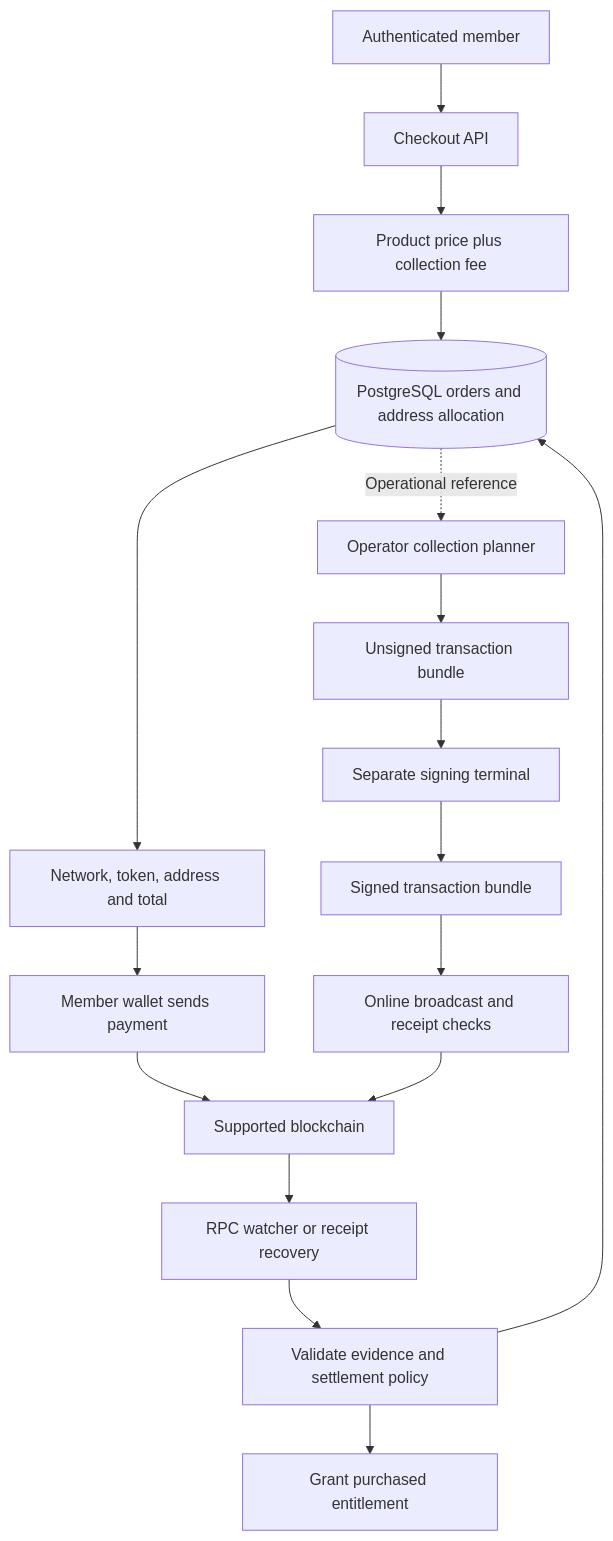
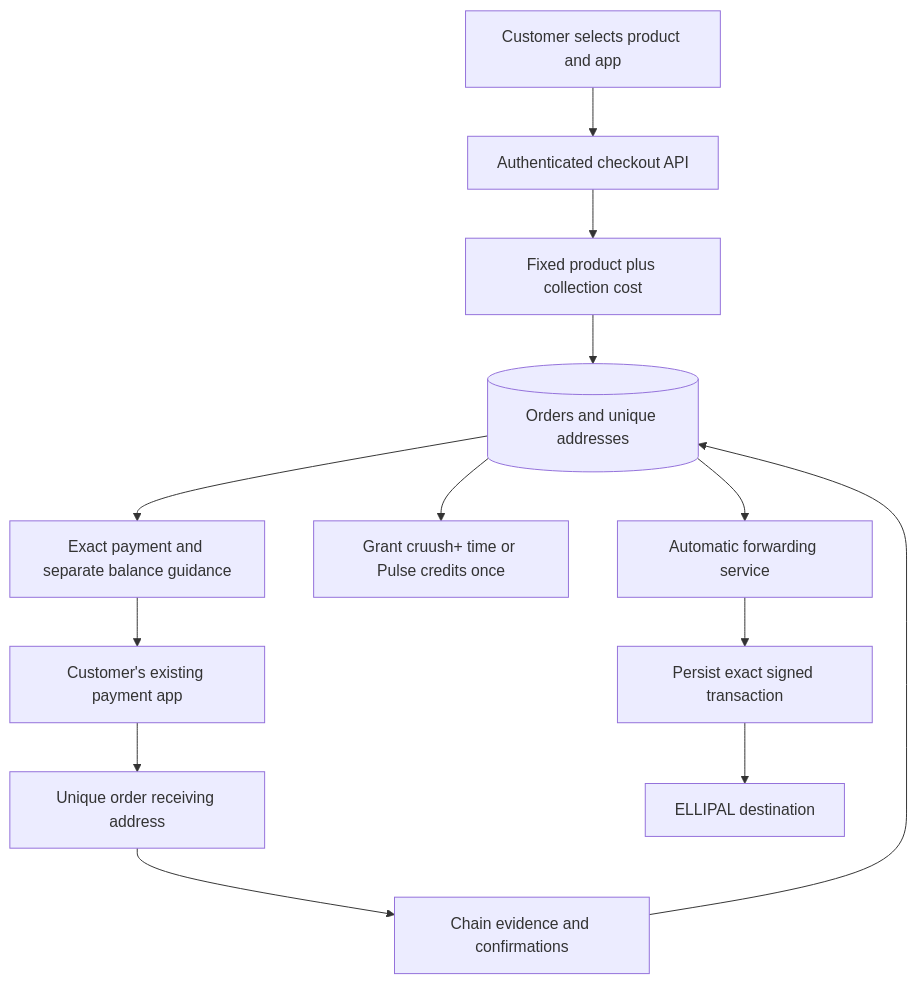
Before and after one commit to cruush-social/Cruushv2: the diagram in PROCESSOR_WHITE_PAPER.md, drawn with Mermaid. The commit also changed other lines of this file and 47 other files, not shown here.

Commit message:
feat(crypto): add Bitcoin checkout and automatic wallet forwarding

````diff
--- a/PROCESSOR_WHITE_PAPER.md
+++ b/PROCESSOR_WHITE_PAPER.md
@@ -21,19 +11,15 @@
 ```mermaid
 flowchart TD
-  Member[Authenticated member] --> Checkout[Checkout API]
-  Checkout --> Quote[Product price plus collection fee]
-  Quote --> Orders[(PostgreSQL orders and address allocation)]
-  Orders --> Instructions[Network, token, address and total]
-  Instructions --> Sender[Member wallet sends payment]
-  Sender --> Chain[Supported blockchain]
-  Chain --> Observer[RPC watcher or receipt recovery]
-  Observer --> Settlement[Validate evidence and settlement policy]
-  Settlement --> Orders
-  Settlement --> Benefits[Grant purchased entitlement]
-  Orders -. Operational reference .-> Planner[Operator collection planner]
-  Planner --> Unsigned[Unsigned transaction bundle]
-  Unsigned --> Signer[Separate signing terminal]
-  Signer --> Signed[Signed transaction bundle]
-  Signed --> Broadcast[Online broadcast and receipt checks]
-  Broadcast --> Chain
+  Customer[Customer selects product and app] --> API[Authenticated checkout API]
+  API --> Quote[Fixed product plus collection cost]
+  Quote --> DB[(Orders and unique addresses)]
+  DB --> Checkout[Exact payment and separate balance guidance]
+  Checkout --> App[Customer's existing payment app]
+  App --> Deposit[Unique order receiving address]
+  Deposit --> Watcher[Chain evidence and confirmations]
+  Watcher --> DB
+  DB --> Grant[Grant cruush+ time or Pulse credits once]
+  DB --> Forward[Automatic forwarding service]
+  Forward --> Journal[Persist exact signed transaction]
+  Journal --> Cold[ELLIPAL destination]
 ```
````
